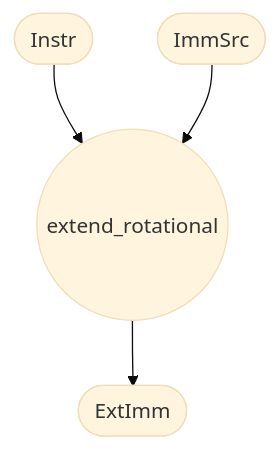
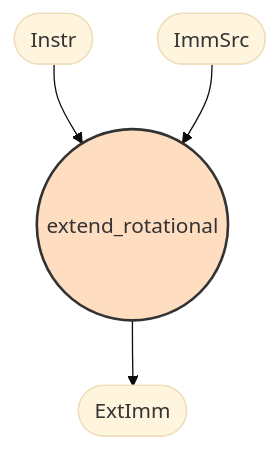
Before and after one commit to granitespinoza/arqui: the diagram in docs/module_diagrams/extend_rotational.md, drawn with Mermaid (base theme). The commit also changed 18 other files, not shown here.

Commit message:
Improve module diagrams with colors

````diff
--- a/docs/module_diagrams/extend_rotational.md
+++ b/docs/module_diagrams/extend_rotational.md
@@ -3,6 +3,9 @@
 ```mermaid
 flowchart TD
+    classDef main fill:#FFDDC1,stroke:#333,stroke-width:2px
+    classDef sub fill:#BBE1FA,stroke:#333
     Instr([Instr]) --> ext_mod((extend_rotational))
     ImmSrc([ImmSrc]) --> ext_mod
     ext_mod --> ExtImm([ExtImm])
+    class ext_mod main
 ```
````
